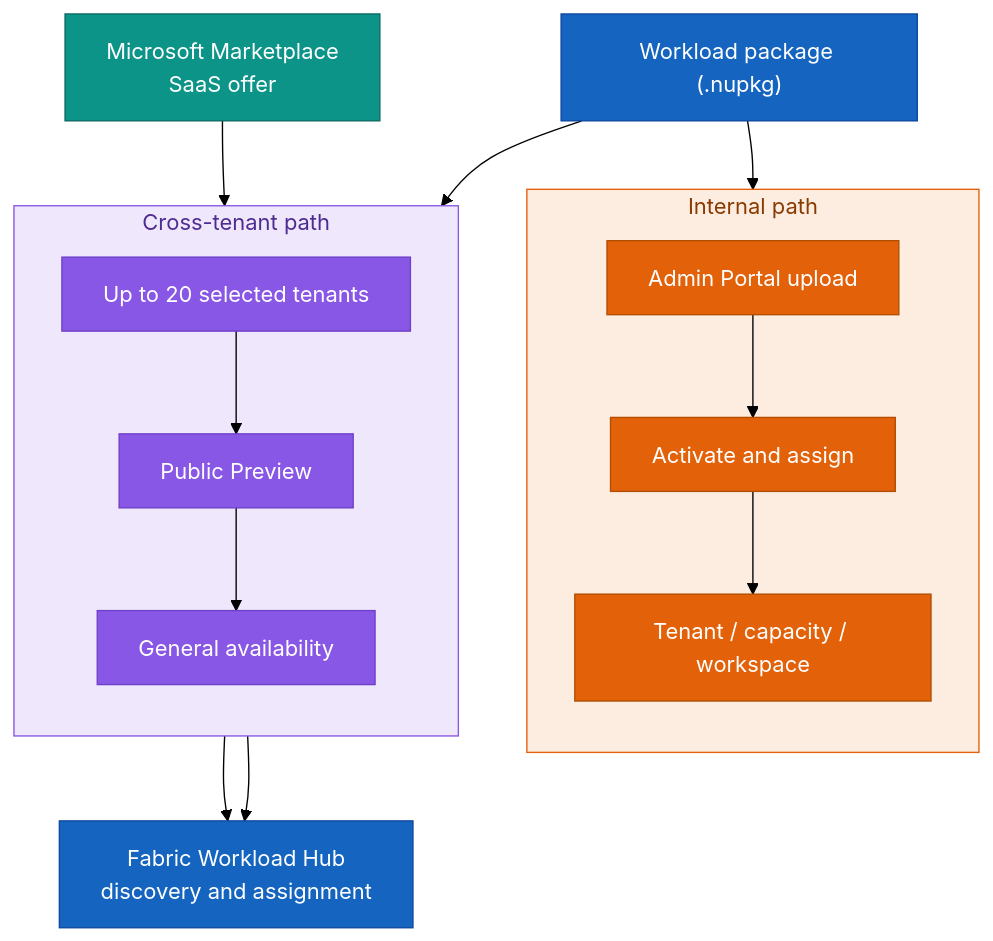
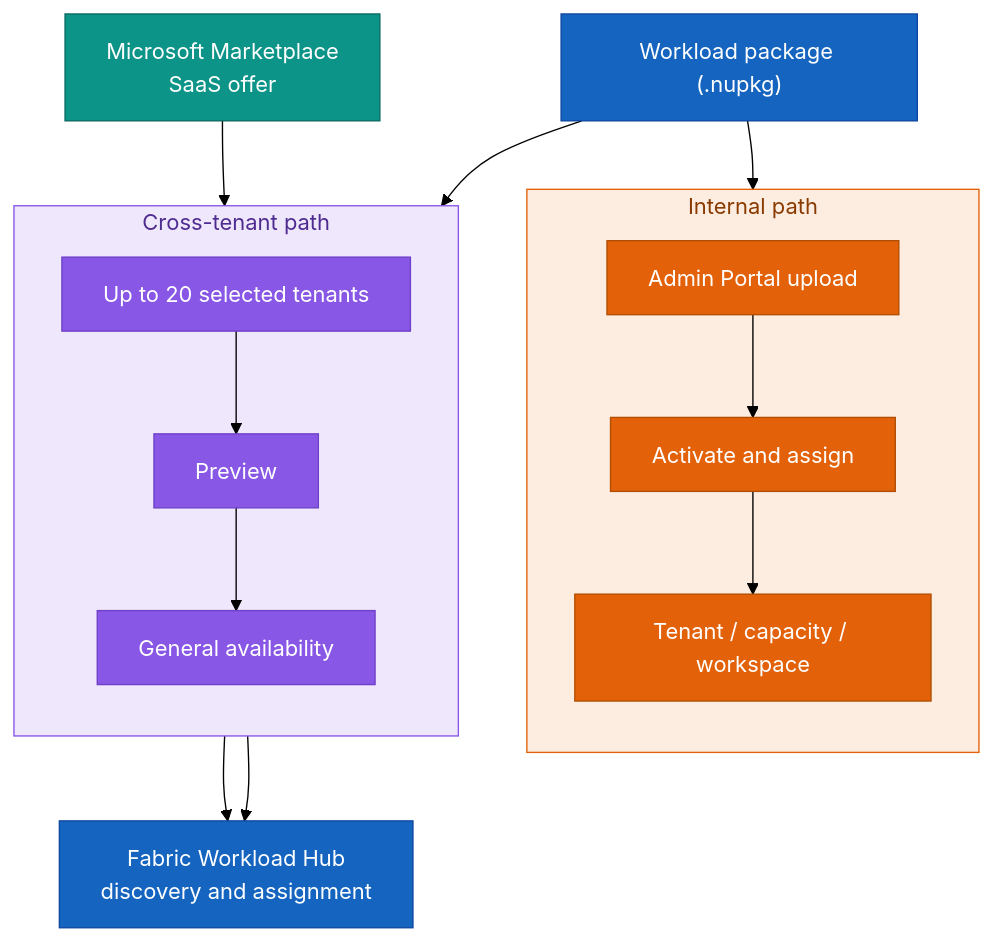
The eighth of 8 diagrams in Building Production-Ready Workloads for Microsoft Fabric - Outline.md (fredgis/BookWorkload), drawn with Mermaid (forest theme) before and after one commit. The commit also changed other lines of this file and 6 other files, not shown here.

````diff
--- a/Building Production-Ready Workloads for Microsoft Fabric - Outline.md
+++ b/Building Production-Ready Workloads for Microsoft Fabric - Outline.md
@@ -397,36 +406,36 @@
 ```mermaid
 flowchart TB
     PKG["Workload package (.nupkg)"]
     subgraph A["Internal path"]
         direction TB
         UP["Admin Portal upload"]
         ACT["Activate and assign"]
         TEN["Tenant / capacity / workspace"]
         UP --> ACT --> TEN
     end
     subgraph B["Cross-tenant path"]
         direction TB
         SELECTED["Up to 20 selected tenants"]
-        PREVIEW["Public Preview"]
+        PREVIEW["Preview"]
         GA["General availability"]
         SELECTED --> PREVIEW --> GA
     end
     OFFER["Microsoft Marketplace<br/>SaaS offer"]
     HUB["Fabric Workload Hub<br/>discovery and assignment"]
     PKG --> UP
     PKG --> SELECTED
     OFFER --> PREVIEW
     PREVIEW --> HUB
     GA --> HUB
     style PKG fill:#1565c0,stroke:#0d47a1,color:#ffffff
     style A fill:#fdece0,stroke:#e36209,color:#8a3b00
     style B fill:#efe7fb,stroke:#8957e5,color:#4f2c91
     style UP fill:#e36209,stroke:#b14e00,color:#ffffff
     style ACT fill:#e36209,stroke:#b14e00,color:#ffffff
     style TEN fill:#e36209,stroke:#b14e00,color:#ffffff
     style SELECTED fill:#8957e5,stroke:#6e40c9,color:#ffffff
     style PREVIEW fill:#8957e5,stroke:#6e40c9,color:#ffffff
     style GA fill:#8957e5,stroke:#6e40c9,color:#ffffff
     style OFFER fill:#0d9488,stroke:#0a6b62,color:#ffffff
     style HUB fill:#1565c0,stroke:#0d47a1,color:#ffffff
 ```
````
